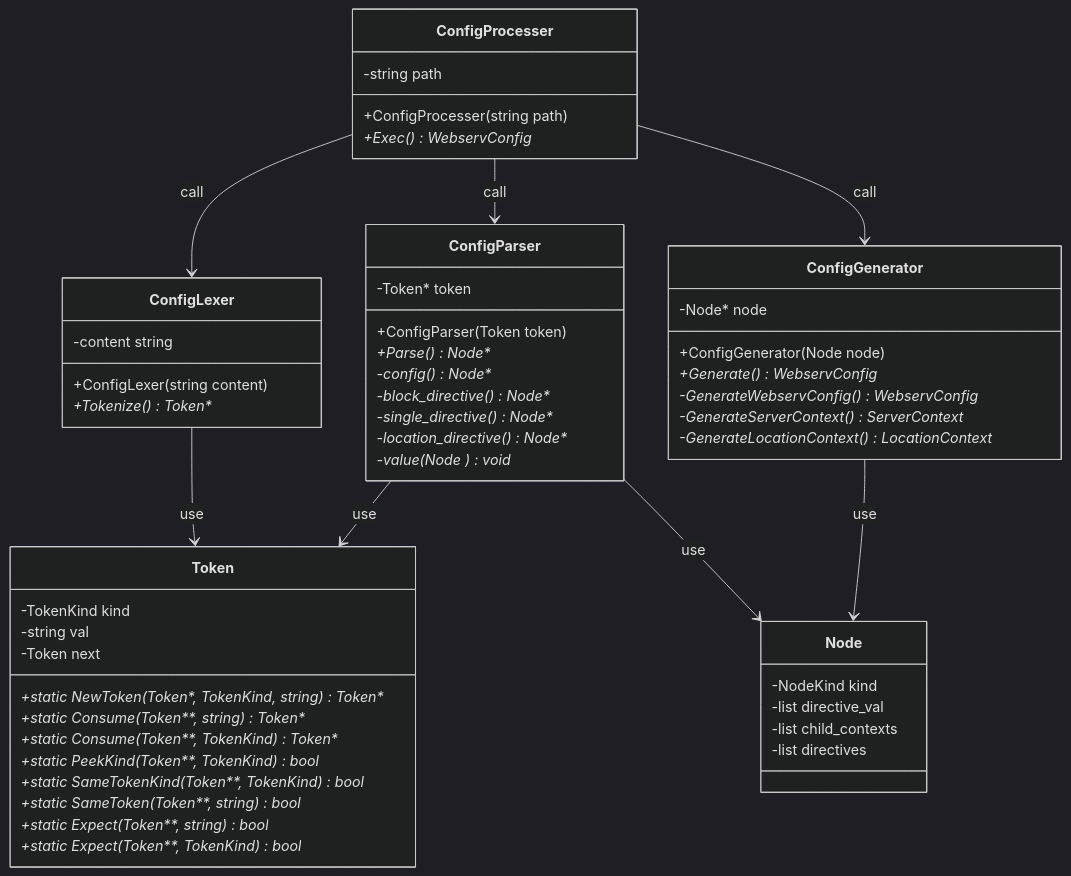
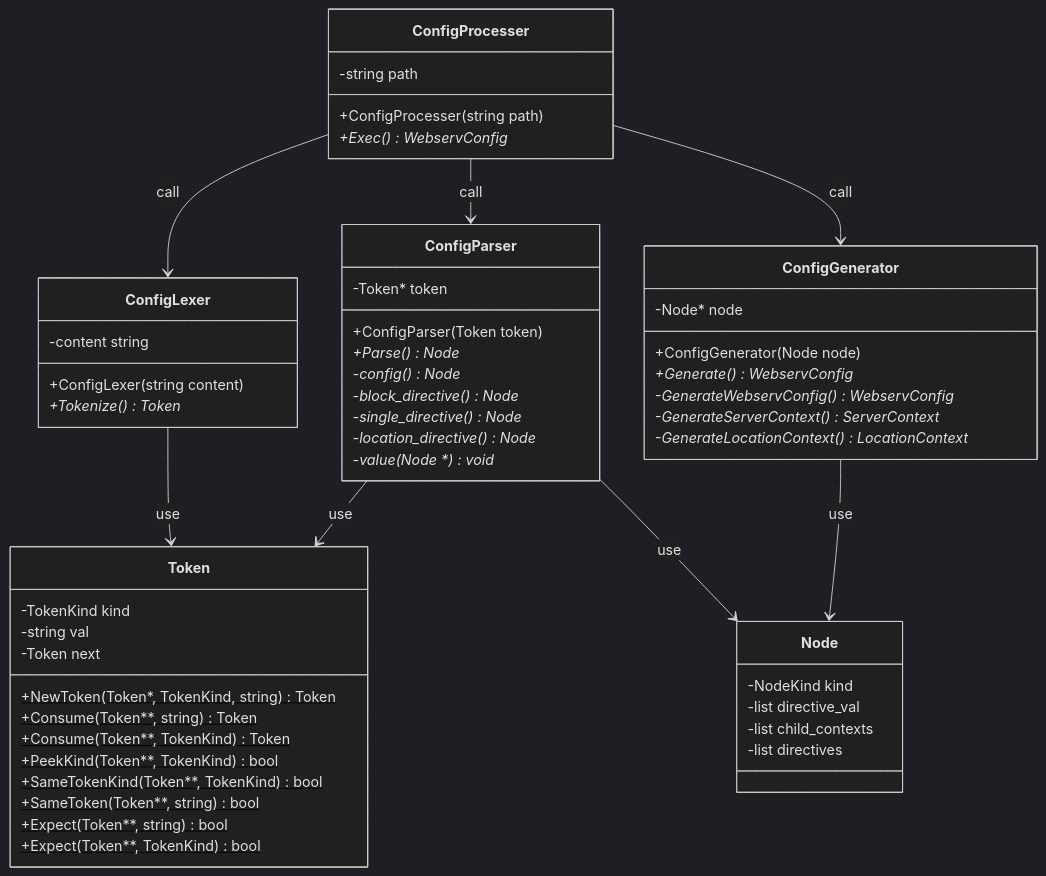
One commit to katataku/webserv changed the diagram in docs/class/config_parser_class.md. Above: the diagram before and after it, drawn with Mermaid (dark theme).

Commit message:
fix: ドキュメントを修正

````diff
--- a/docs/class/config_parser_class.md
+++ b/docs/class/config_parser_class.md
@@ -1,69 +1,69 @@
 ```mermaid
 classDiagram
     ConfigProcesser --> ConfigLexer : call
     ConfigProcesser --> ConfigParser : call
     ConfigProcesser --> ConfigGenerator : call
     ConfigLexer --> Token : use
     ConfigParser --> Token : use
     ConfigParser --> Node : use
     ConfigGenerator --> Node : use
 
     %% configファイルを解釈してWebservConfigを作成するところまでを担当 %%
     class ConfigProcesser {
       +ConfigProcesser(string path)
       +Exec()* WebservConfig
       -string path
     }
 
     %% configファイルの内容を字句解析するところまでを担当 %%
     class ConfigLexer {
       +ConfigLexer(string content)
-      +Tokenize()* Token*
+      +Tokenize()* Token
       -content string
     }
 
     %% 軸解析後のトークンを構文解析するところまでを担当 %%
     class ConfigParser {
       +ConfigParser(Token token)
-      +Parse()* Node*
-      -config()* Node*
-      -block_directive()* Node*
-      -single_directive()* Node*
-      -location_directive()* Node*
-      -value(Node *)* void*
+      +Parse()* Node
+      -config()* Node
+      -block_directive()* Node
+      -single_directive()* Node
+      -location_directive()* Node
+      -value(Node *)* void
       -Token* token
     }
 
     %% 構文解析後のノードを元にWebservConfigを作成するところまでを担当 %%
     class ConfigGenerator {
       +ConfigGenerator(Node node)
       +Generate()* WebservConfig
       -GenerateWebservConfig()* WebservConfig
       -GenerateServerContext()* ServerContext
       -GenerateLocationContext()* LocationContext
       -Node* node
     }
 
     %% 字句解析後のトークンを表すクラス %%
     class Token {
-        +static NewToken(Token*, TokenKind, string)* Token*
-        +static Consume(Token**, string)* Token*
-        +static Consume(Token**, TokenKind)* Token*
-        +static PeekKind(Token**, TokenKind)* bool
-        +static SameTokenKind(Token**, TokenKind)* bool
-        +static SameToken(Token**, string)* bool
-        +static Expect(Token**, string)* bool
-        +static Expect(Token**, TokenKind)* bool
+        +NewToken(Token*, TokenKind, string)$ Token
+        +Consume(Token**, string)$ Token
+        +Consume(Token**, TokenKind)$ Token
+        +PeekKind(Token**, TokenKind)$ bool
+        +SameTokenKind(Token**, TokenKind)$ bool
+        +SameToken(Token**, string)$ bool
+        +Expect(Token**, string)$ bool
+        +Expect(Token**, TokenKind)$ bool
         -TokenKind kind
         -string    val
         -Token     next
     }
 
     %% 構文解析後のノードを表すクラス %%
     class Node {
       -NodeKind     kind
       -list<string> directive_val
       -list<Node>   child_contexts
       -list<Node>   directives
     }
 ```
````
